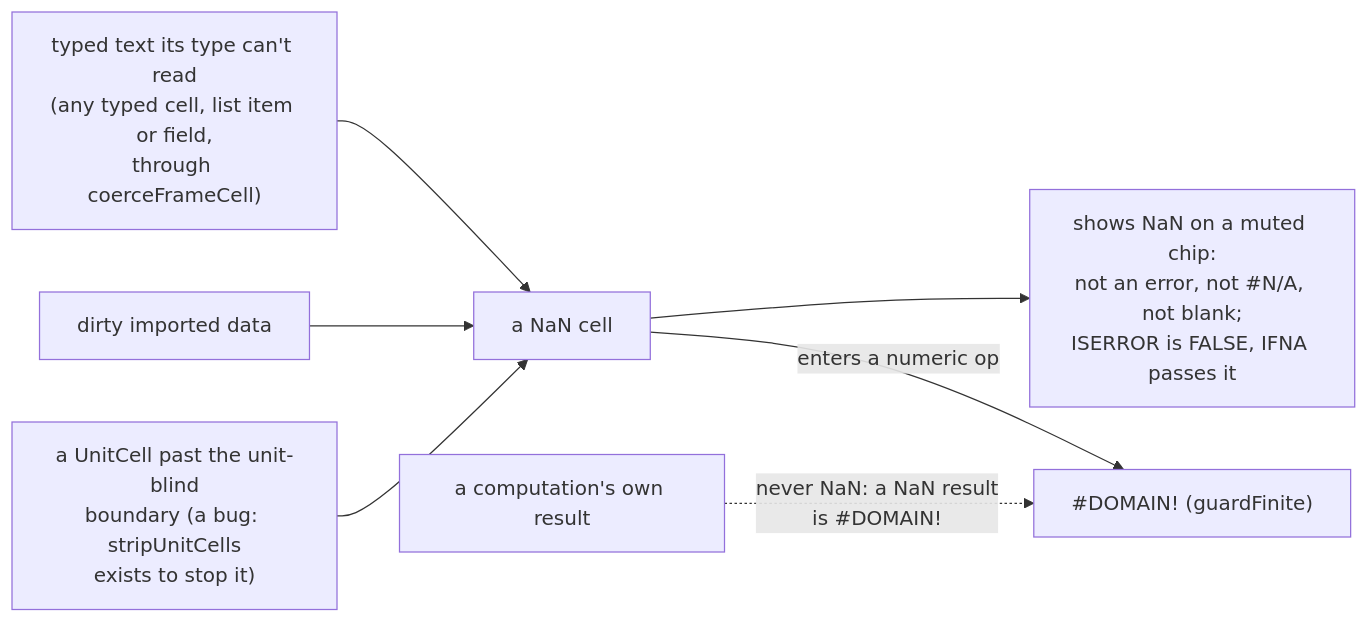
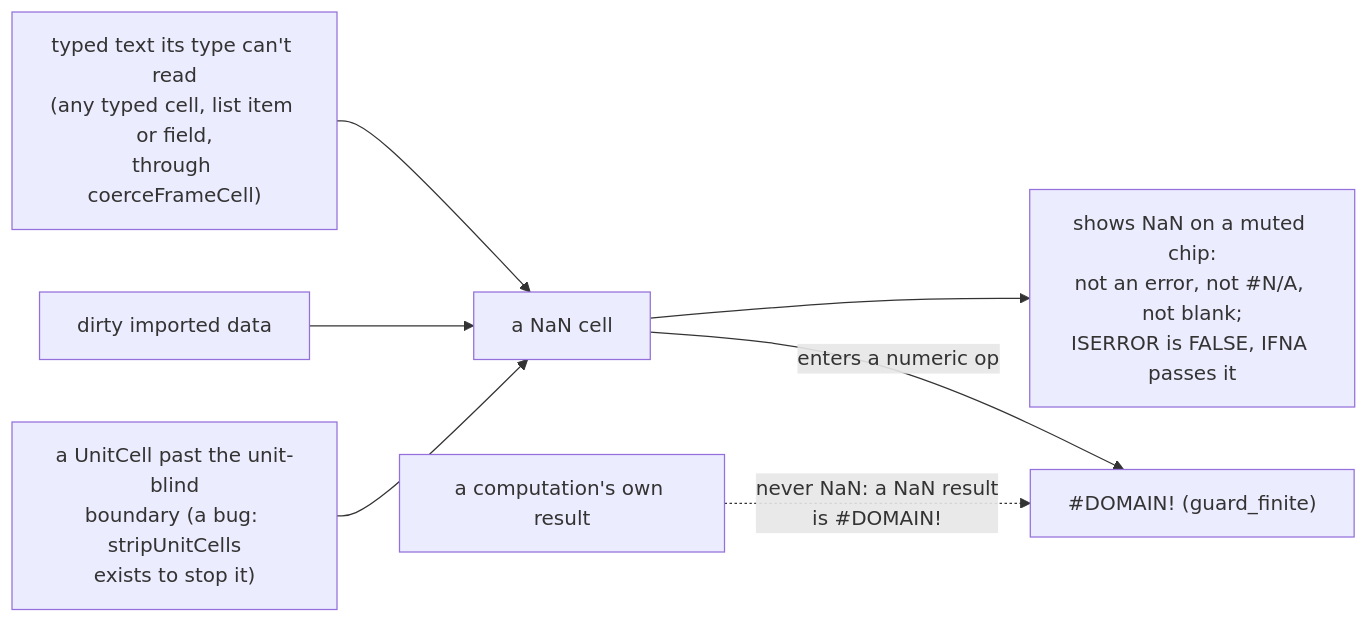
One commit to bubba8587/solenoid changed the third of 6 diagrams in tree/specs/values/value-semantics.md. Above: the diagram before and after it, drawn with Mermaid. The commit also changed other lines of this file and 69 other files, not shown here.

````diff
--- a/tree/specs/values/value-semantics.md
+++ b/tree/specs/values/value-semantics.md
@@ -83,9 +83,9 @@
 ```mermaid
 flowchart LR
     t["typed text its type can't read<br>(any typed cell, list item or field,<br>through coerceFrameCell)"] --> nan["a NaN cell"]
     d["dirty imported data"] --> nan
     bug["a UnitCell past the unit-blind<br>boundary (a bug: stripUnitCells<br>exists to stop it)"] --> nan
     nan --> show["shows NaN on a muted chip:<br>not an error, not #N/A, not blank;<br>ISERROR is FALSE, IFNA passes it"]
-    nan -->|"enters a numeric op"| dom["#DOMAIN! (guardFinite)"]
+    nan -->|"enters a numeric op"| dom["#DOMAIN! (guard_finite)"]
     op["a computation's own result"] -.->|"never NaN: a NaN result<br>is #DOMAIN!"| dom
 ```
````
